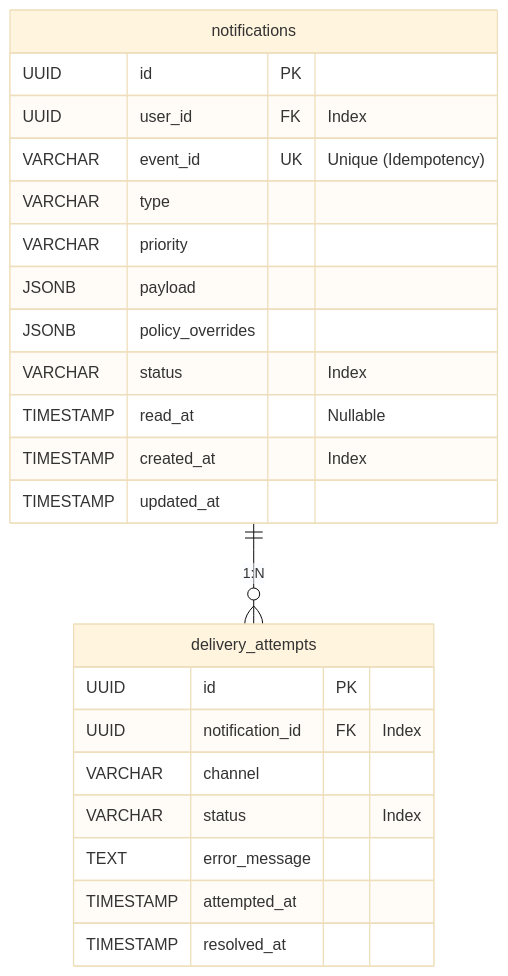
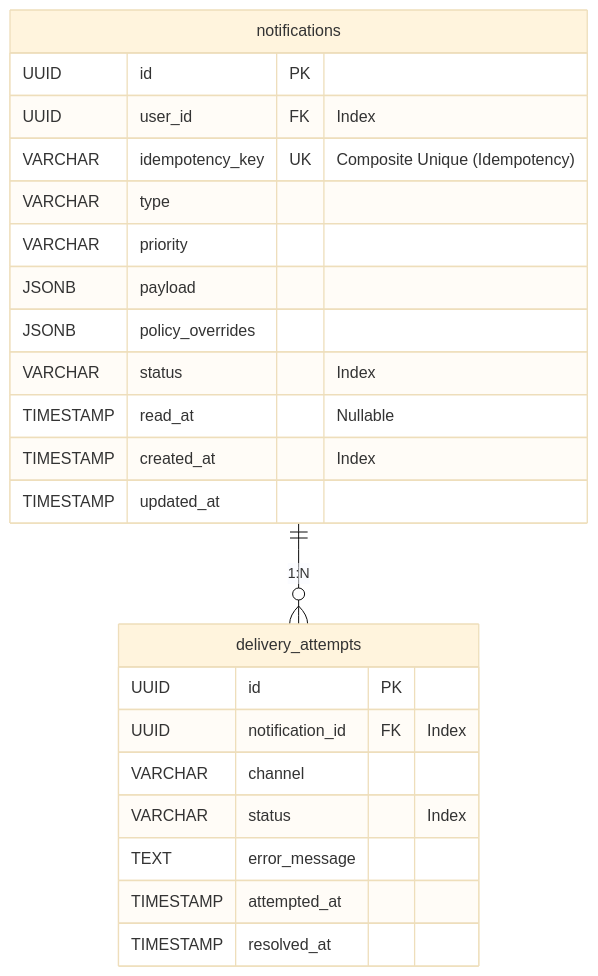
Before and after one commit to tianshi04/rent-a-girlfriend: the diagram in services/notification-service/docs/data-model.md, drawn with Mermaid (base theme). The commit also changed other lines of this file and 198 other files, not shown here.

First line of the commit message:
feat(notification): Implement notification service architecture and event integration (#21)

````diff
--- a/services/notification-service/docs/data-model.md
+++ b/services/notification-service/docs/data-model.md
@@ -20,28 +20,28 @@
 ```mermaid
 erDiagram
     notifications ||--o{ delivery_attempts : "1:N"
 
     notifications {
         UUID id PK
         UUID user_id FK "Index"
-        VARCHAR event_id UK "Unique (Idempotency)"
+        VARCHAR idempotency_key UK "Composite Unique (Idempotency)"
         VARCHAR type 
         VARCHAR priority
         JSONB payload
         JSONB policy_overrides
         VARCHAR status "Index"
         TIMESTAMP read_at "Nullable"
         TIMESTAMP created_at "Index"
         TIMESTAMP updated_at
     }
 
     delivery_attempts {
         UUID id PK
         UUID notification_id FK "Index"
         VARCHAR channel
         VARCHAR status "Index"
         TEXT error_message
         TIMESTAMP attempted_at
         TIMESTAMP resolved_at
     }
 ```
````
